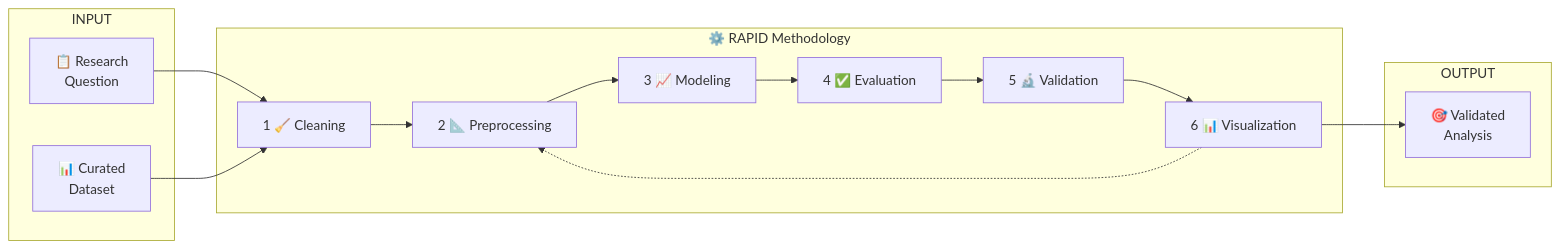
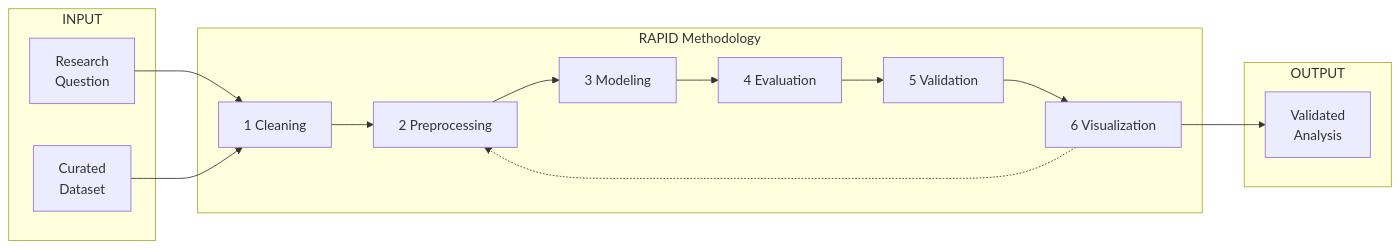
Before and after one commit to noispuc/isaric3.0-rapid: the diagram in docs/index.md, drawn with Mermaid. The commit also changed other lines of this file and 10 other files, not shown here.

````diff
--- a/docs/index.md
+++ b/docs/index.md
@@ -17,24 +17,24 @@
 ```mermaid
 graph LR
     subgraph INPUT
-        A[📋 Research<br/>Question]
-        B[📊 Curated<br/>Dataset]
+        A[ Research<br/>Question]
+        B[ Curated<br/>Dataset]
     end
     
-    subgraph PROCESS["⚙️ RAPID Methodology"]
-        C1[1 🧹 Cleaning] --> C2[2 📐 Preprocessing]
-        C2 --> C3[3 📈 Modeling]
-        C3 --> C4[4 ✅ Evaluation]
-        C4 --> C5[5 🔬 Validation]
-        C5 --> C6[6 📊 Visualization]
+    subgraph PROCESS[" RAPID Methodology"]
+        C1[1  Cleaning] --> C2[2 Preprocessing]
+        C2 --> C3[3 Modeling]
+        C3 --> C4[4 Evaluation]
+        C4 --> C5[5 Validation]
+        C5 --> C6[6 Visualization]
         C6 -.-> C2
     end
     
     subgraph OUTPUT
-        D[🎯 Validated<br/>Analysis]
+        D[ Validated<br/>Analysis]
     end
 
     A --> C1
     B --> C1
     C6 --> D
 ```
````
